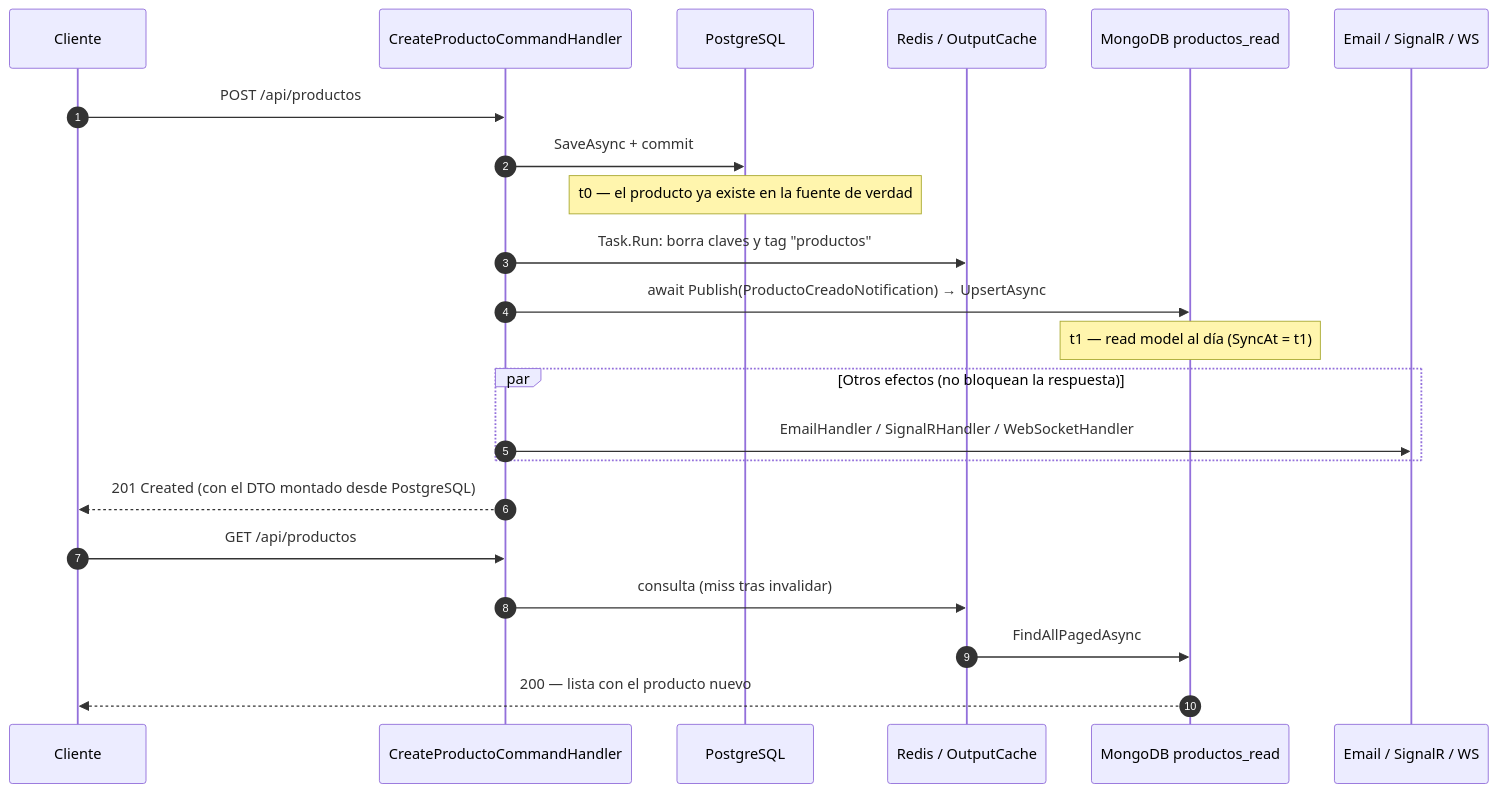
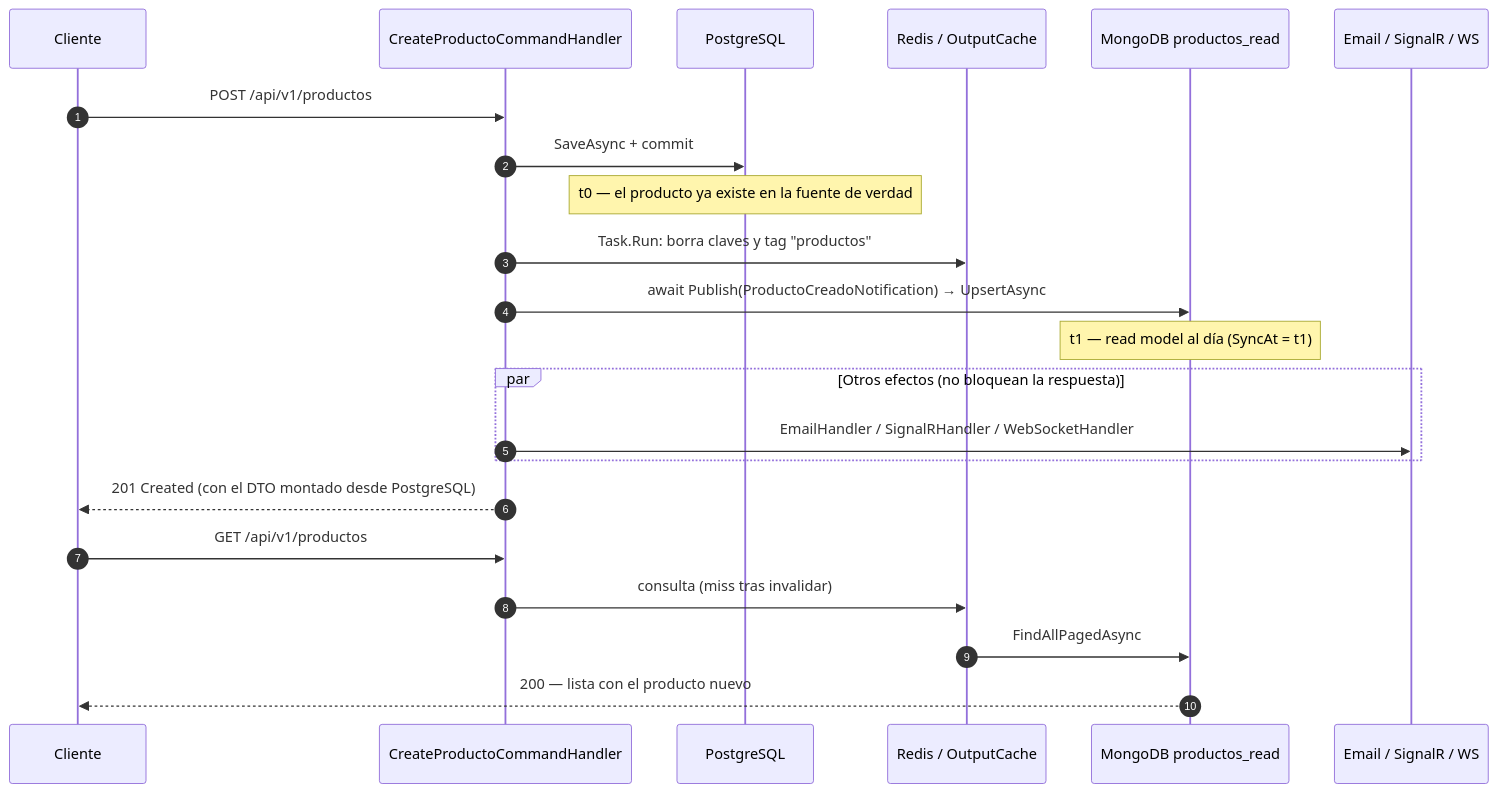
One commit to joseluisgs/TiendaDawApi-Cqrs-MediatR-NetCore changed the ninth of 19 diagrams in doc/14-mediatr-cqrs-eventos.md. Above: the diagram before and after it, drawn with Mermaid. The commit also changed other lines of this file and 226 other files, not shown here.

````diff
--- a/doc/14-mediatr-cqrs-eventos.md
+++ b/doc/14-mediatr-cqrs-eventos.md
@@ -941,25 +941,25 @@
 ```mermaid
 sequenceDiagram
     autonumber
     participant C as Cliente
     participant H as CreateProductoCommandHandler
     participant PG as PostgreSQL
     participant Cache as Redis / OutputCache
     participant M as MongoDB productos_read
     participant O as Email / SignalR / WS
 
-    C->>H: POST /api/productos
+    C->>H: POST /api/v1/productos
     H->>PG: SaveAsync + commit
     Note over PG: t0 — el producto ya existe en la fuente de verdad
     H->>Cache: Task.Run: borra claves y tag "productos"
     H->>M: await Publish(ProductoCreadoNotification) → UpsertAsync
     Note over M: t1 — read model al día (SyncAt = t1)
     par Otros efectos (no bloquean la respuesta)
         H->>O: EmailHandler / SignalRHandler / WebSocketHandler
     end
     H-->>C: 201 Created (con el DTO montado desde PostgreSQL)
-    C->>H: GET /api/productos
+    C->>H: GET /api/v1/productos
     H->>Cache: consulta (miss tras invalidar)
     Cache->>M: FindAllPagedAsync
     M-->>C: 200 — lista con el producto nuevo
 ```
````
